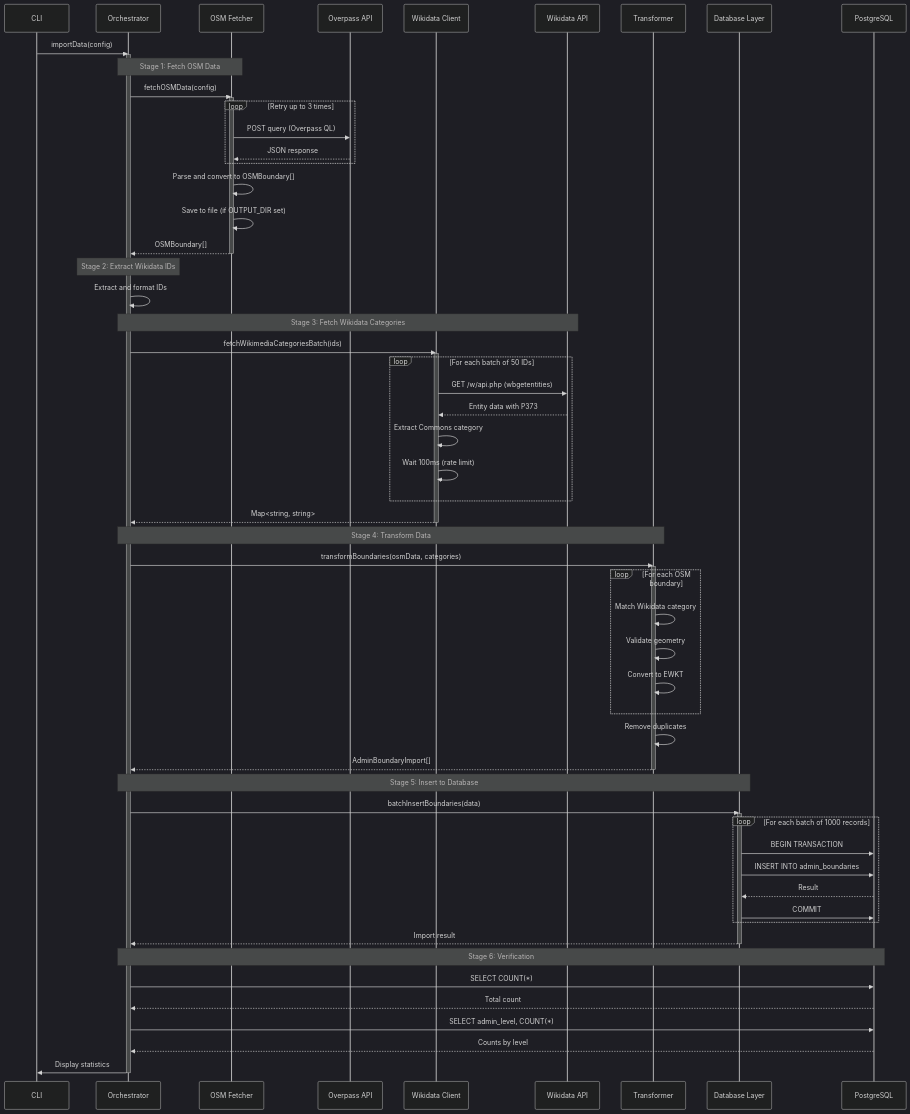
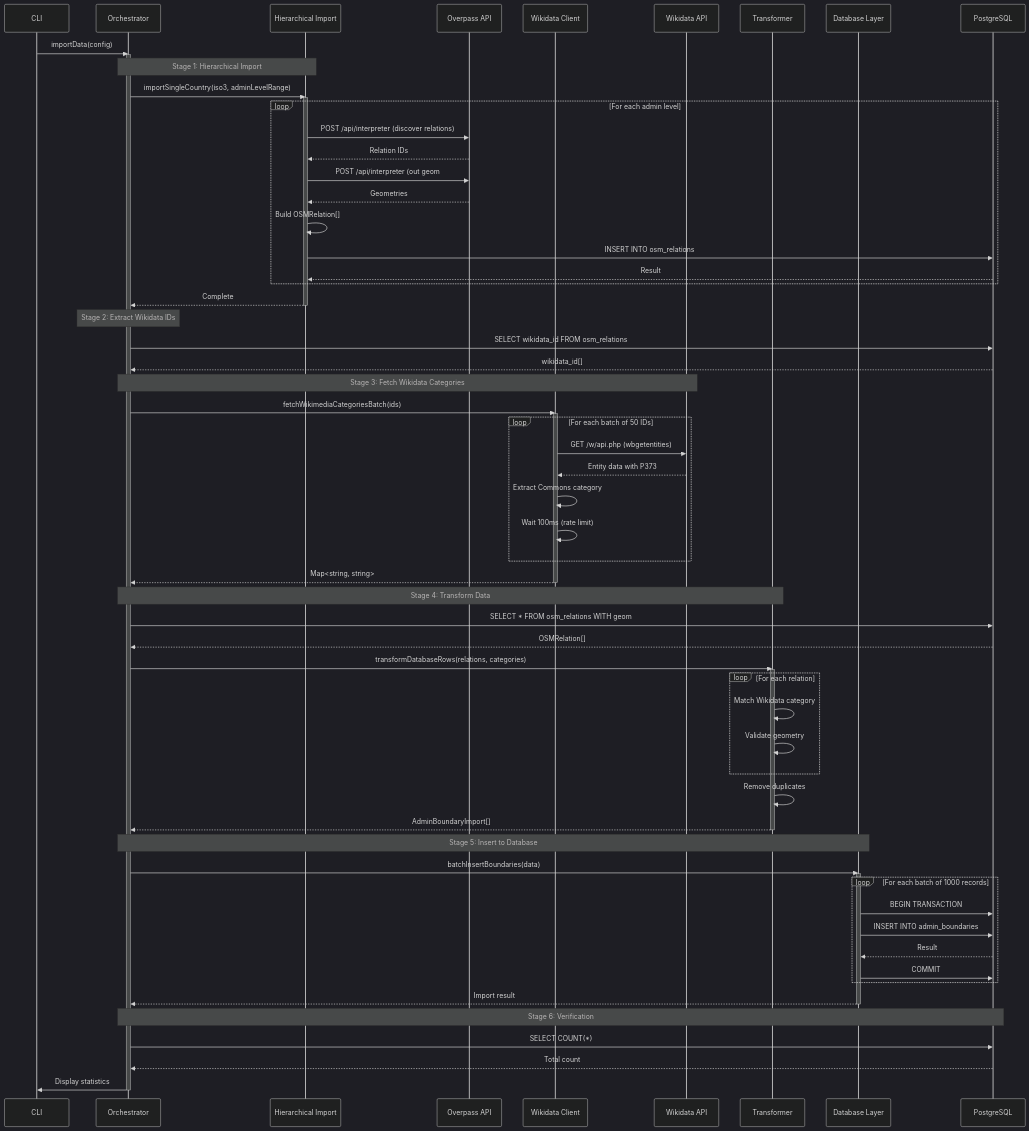
The second of 7 diagrams in docs/import/data-flow.md (DaxServer/geocode-commons-categories), drawn with Mermaid (dark theme) before and after one commit. The commit also changed other lines of this file and 12 other files, not shown here.

````diff
--- a/docs/import/data-flow.md
+++ b/docs/import/data-flow.md
@@ -89,74 +94,79 @@
 ```mermaid
 sequenceDiagram
     participant CLI as CLI
     participant Orch as Orchestrator
-    participant OSM as OSM Fetcher
+    participant Hier as Hierarchical Import
     participant Overpass as Overpass API
     participant WD as Wikidata Client
     participant Wikidata as Wikidata API
     participant Transform as Transformer
     participant DB as Database Layer
     participant PG as PostgreSQL
 
     CLI->>Orch: importData(config)
     activate Orch
 
-    Note over Orch,OSM: Stage 1: Fetch OSM Data
-    Orch->>OSM: fetchOSMData(config)
-    activate OSM
-    loop Retry up to 3 times
-        OSM->>Overpass: POST query (Overpass QL)
-        Overpass-->>OSM: JSON response
+    Note over Orch,Hier: Stage 1: Hierarchical Import
+    Orch->>Hier: importSingleCountry(iso3, adminLevelRange)
+    activate Hier
+
+    loop For each admin level
+        Hier->>Overpass: POST /api/interpreter (discover relations)
+        Overpass-->>Hier: Relation IDs
+        Hier->>Overpass: POST /api/interpreter (out geom;)
+        Overpass-->>Hier: Geometries
+        Hier->>Hier: Build OSMRelation[]
+        Hier->>PG: INSERT INTO osm_relations
+        PG-->>Hier: Result
     end
-    OSM->>OSM: Parse and convert to OSMBoundary[]
-    OSM->>OSM: Save to file (if OUTPUT_DIR set)
-    OSM-->>Orch: OSMBoundary[]
-    deactivate OSM
+
+    Hier-->>Orch: Complete
+    deactivate Hier
 
     Note over Orch: Stage 2: Extract Wikidata IDs
-    Orch->>Orch: Extract and format IDs
+    Orch->>PG: SELECT wikidata_id FROM osm_relations
+    PG-->>Orch: wikidata_id[]
 
     Note over Orch,Wikidata: Stage 3: Fetch Wikidata Categories
     Orch->>WD: fetchWikimediaCategoriesBatch(ids)
     activate WD
     loop For each batch of 50 IDs
         WD->>Wikidata: GET /w/api.php (wbgetentities)
         Wikidata-->>WD: Entity data with P373
         WD->>WD: Extract Commons category
         WD->>WD: Wait 100ms (rate limit)
     end
     WD-->>Orch: Map<string, string>
     deactivate WD
 
     Note over Orch,Transform: Stage 4: Transform Data
-    Orch->>Transform: transformBoundaries(osmData, categories)
+    Orch->>PG: SELECT * FROM osm_relations WITH geom
+    PG-->>Orch: OSMRelation[]
+    Orch->>Transform: transformDatabaseRows(relations, categories)
     activate Transform
-    loop For each OSM boundary
+    loop For each relation
         Transform->>Transform: Match Wikidata category
         Transform->>Transform: Validate geometry
-        Transform->>Transform: Convert to EWKT
     end
     Transform->>Transform: Remove duplicates
     Transform-->>Orch: AdminBoundaryImport[]
     deactivate Transform
 
     Note over Orch,DB: Stage 5: Insert to Database
     Orch->>DB: batchInsertBoundaries(data)
     activate DB
     loop For each batch of 1000 records
         DB->>PG: BEGIN TRANSACTION
         DB->>PG: INSERT INTO admin_boundaries
         PG-->>DB: Result
         DB->>PG: COMMIT
     end
     DB-->>Orch: Import result
     deactivate DB
 
     Note over Orch,PG: Stage 6: Verification
     Orch->>PG: SELECT COUNT(*)
     PG-->>Orch: Total count
-    Orch->>PG: SELECT admin_level, COUNT(*)
-    PG-->>Orch: Counts by level
     Orch->>CLI: Display statistics
     deactivate Orch
 ```
````
